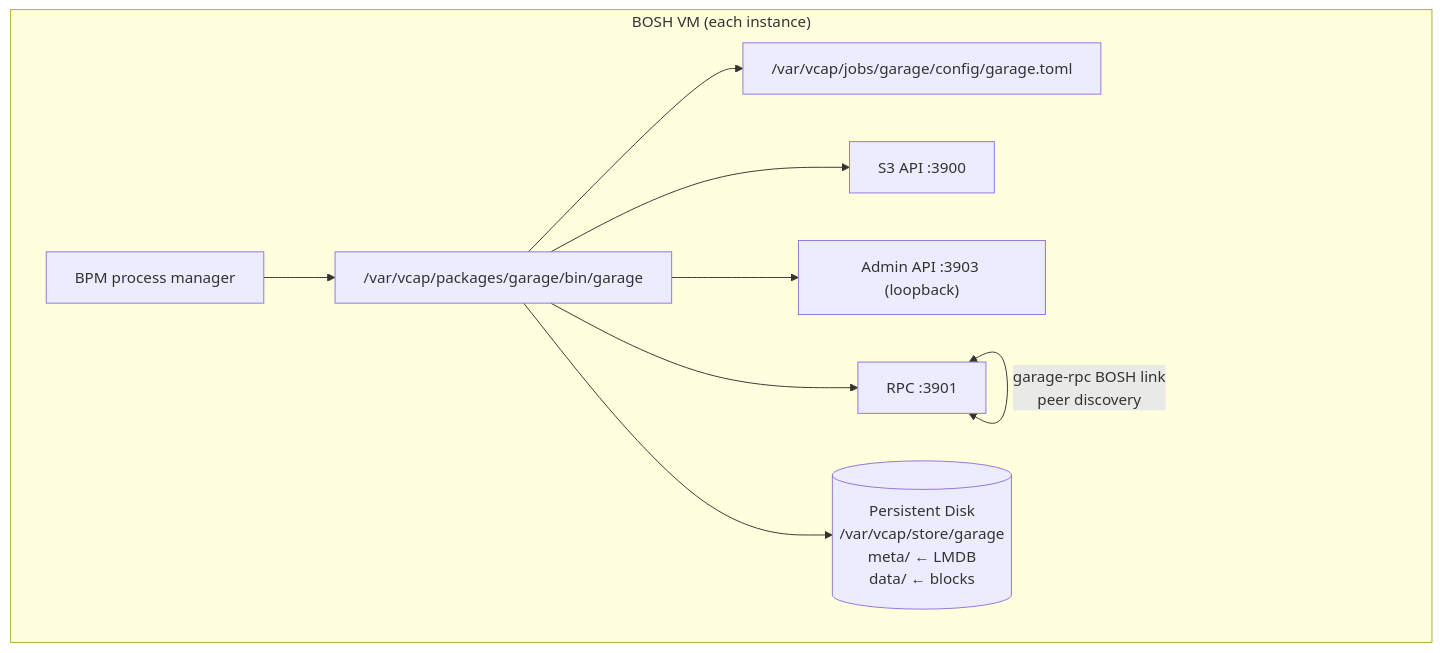
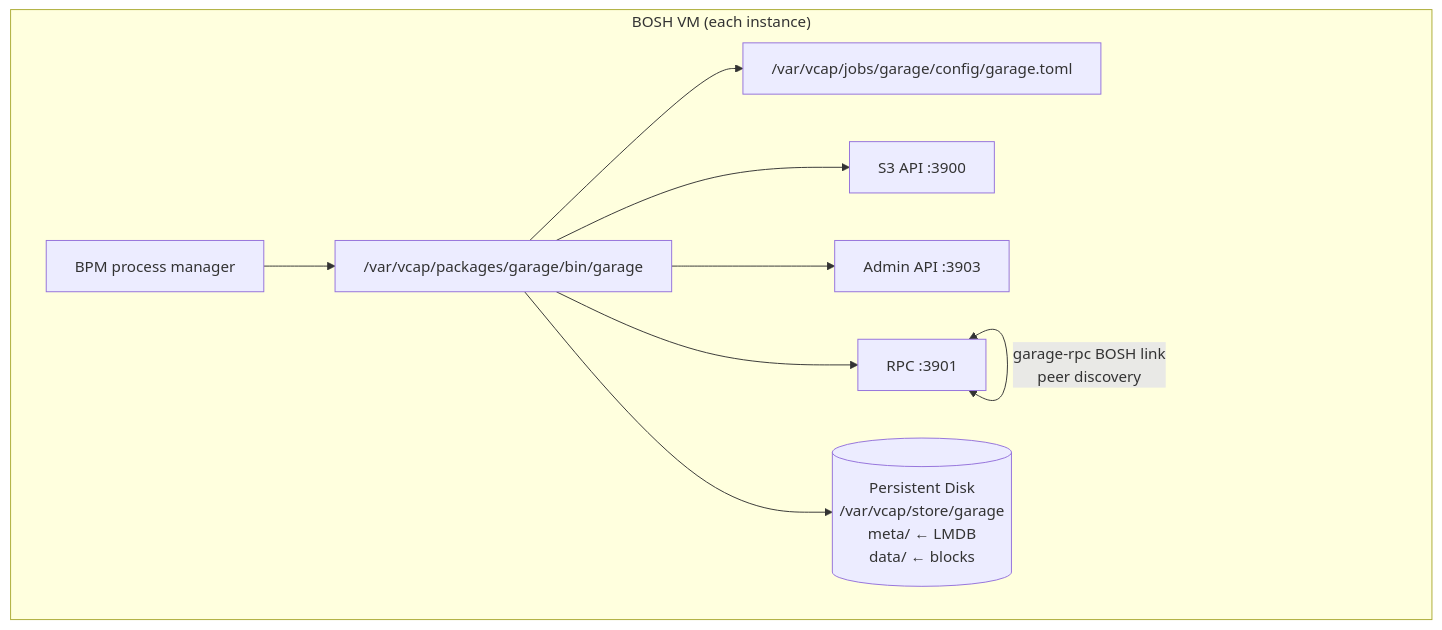
Before and after one commit to cloudfoundry-community/garage-boshrelease: the diagram in README.md, drawn with Mermaid. The commit also changed other lines of this file and 2 other files, not shown here.

````diff
--- a/README.md
+++ b/README.md
@@ -129,21 +151,21 @@
 ```mermaid
 graph TD
     subgraph "BOSH VM (each instance)"
         BPM["BPM process manager"]
         BIN["/var/vcap/packages/garage/bin/garage"]
         CFG["/var/vcap/jobs/garage/config/garage.toml"]
         S3["S3 API :3900"]
-        ADMIN["Admin API :3903 (loopback)"]
+        ADMIN["Admin API :3903"]
         RPC["RPC :3901"]
         DISK[("Persistent Disk\n/var/vcap/store/garage\n  meta/  ← LMDB\n  data/  ← blocks")]
     end
 
     BPM --> BIN
     BIN --> CFG
     BIN --> S3
     BIN --> ADMIN
     BIN --> RPC
     BIN --> DISK
 
     RPC <-->|"garage-rpc BOSH link\npeer discovery"| RPC
 ```
````
